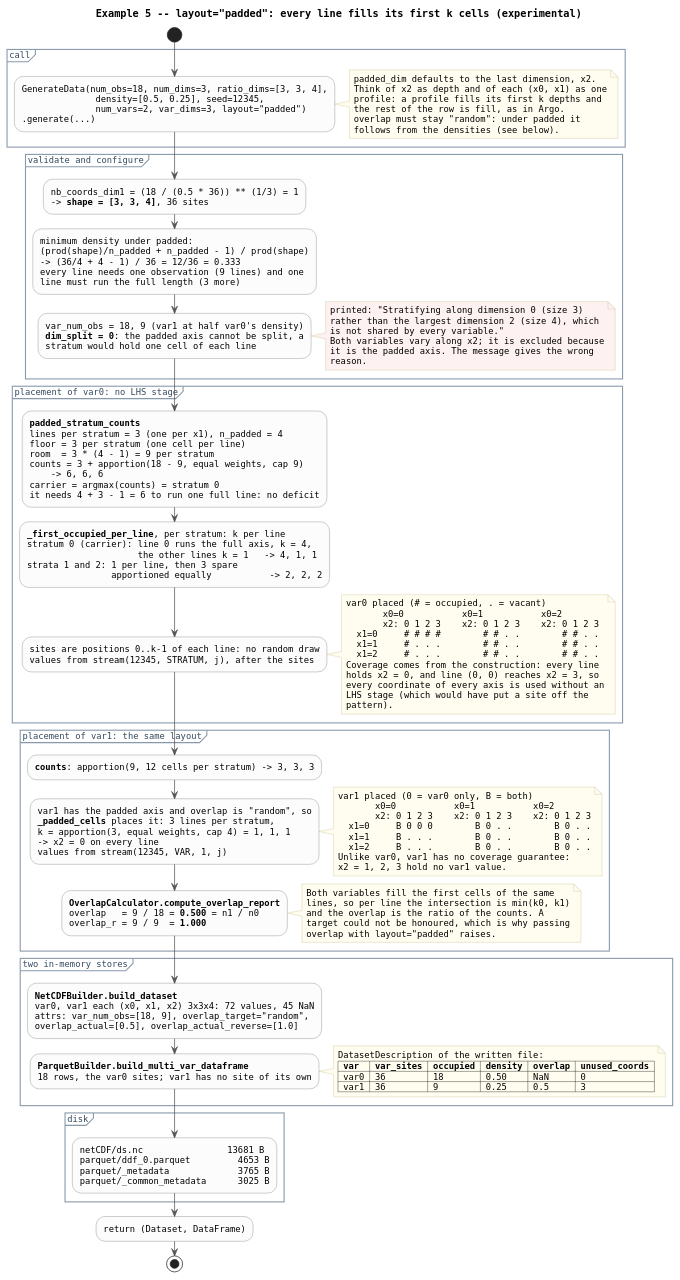
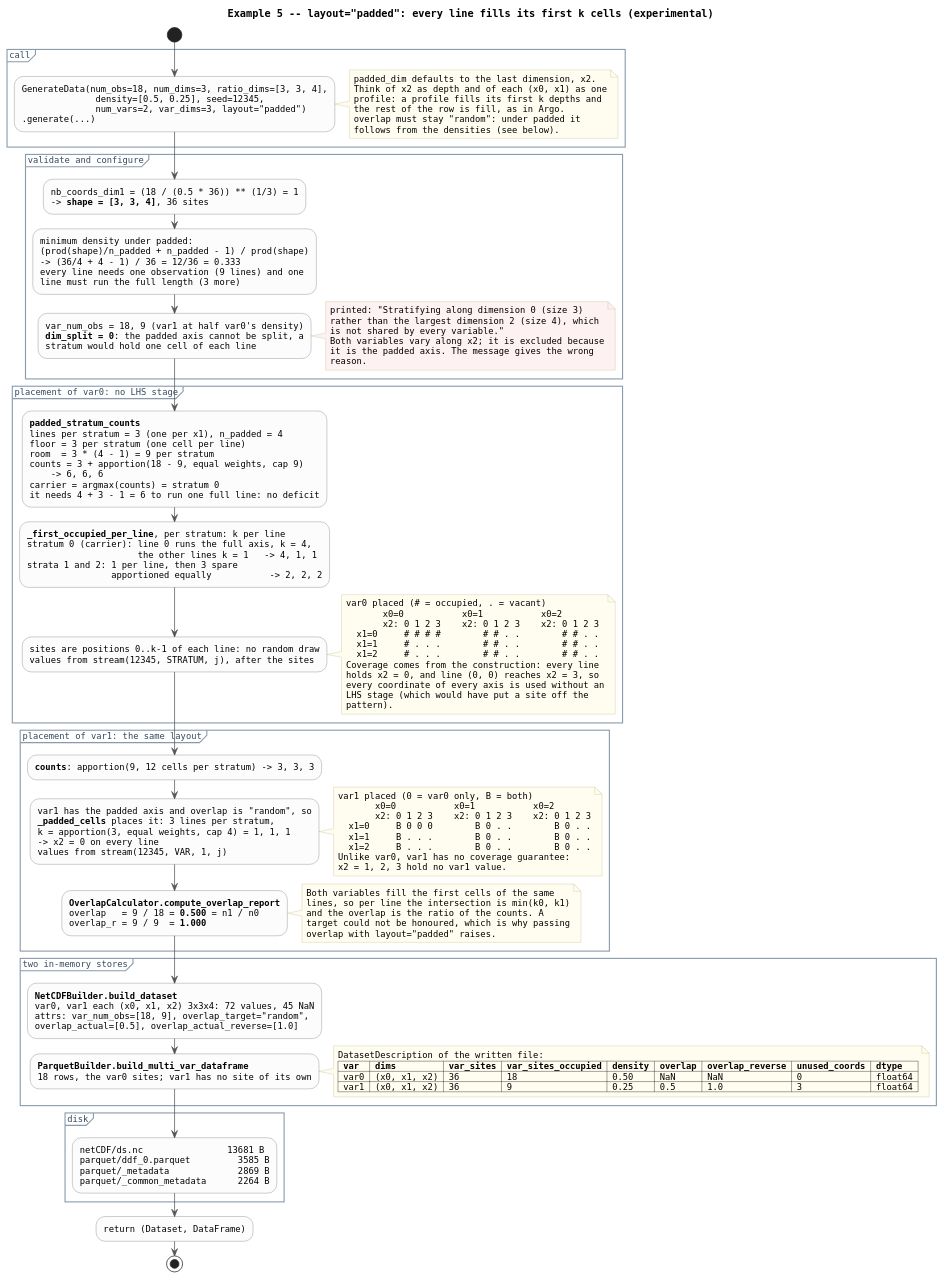
Before and after one commit to boom-lab/tabray: the diagram in docs/dataflow_example_padded.puml, drawn with PlantUML. The commit also changed 6 other files, not shown here.

```diff
--- a/docs/dataflow_example_padded.puml
+++ b/docs/dataflow_example_padded.puml
@@ -1,158 +1,158 @@
 @startuml dataflow_example_padded
 ' Worked example: layout="padded" on a 3x3x4 grid, two variables.
 ' Every number here is from an actual run of this call.
 ' Grids: one panel per x0 (= stratum), rows x1 (= lines), columns x2
 ' (= the padded axis), index space.
 ' Render: plantuml docs/dataflow_example_padded.puml
 
 title Example 5 -- layout="padded": every line fills its first k cells (experimental)
 
 skinparam shadowing false
 skinparam defaultFontName Monospaced
 skinparam defaultFontSize 12
 skinparam ArrowColor #555555
 skinparam activity {
   BackgroundColor #FCFCFC
   BorderColor #777777
   DiamondBackgroundColor #F2F2F2
 }
 skinparam partition {
   BorderColor #8899AA
   FontColor #33495E
 }
 skinparam note {
   BackgroundColor #FFFDF0
   BorderColor #C8C08A
 }
 
 start
 
 partition "call" {
   :GenerateData(num_obs=18, num_dims=3, ratio_dims=[3, 3, 4],
                 density=[0.5, 0.25], seed=12345,
                 num_vars=2, var_dims=3, layout="padded")
   .generate(...);
   note right
     padded_dim defaults to the last dimension, x2.
     Think of x2 as depth and of each (x0, x1) as one
     profile: a profile fills its first k depths and
     the rest of the row is fill, as in Argo.
     overlap must stay "random": under padded it
     follows from the densities (see below).
   end note
 }
 
 partition "validate and configure" {
   :nb_coords_dim1 = (18 / (0.5 * 36)) ** (1/3) = 1
   -> <b>shape = [3, 3, 4]</b>, 36 sites;
 
   :minimum density under padded:
   (prod(shape)/n_padded + n_padded - 1) / prod(shape)
   -> (36/4 + 4 - 1) / 36 = 12/36 = 0.333
   every line needs one observation (9 lines) and one
   line must run the full length (3 more);
 
   :var_num_obs = 18, 9 (var1 at half var0's density)
   <b>dim_split = 0</b>: the padded axis cannot be split, a
   stratum would hold one cell of each line;
   note right #FDF1F1
     printed: "Stratifying along dimension 0 (size 3)
     rather than the largest dimension 2 (size 4), which
     is not shared by every variable."
     Both variables vary along x2; it is excluded because
     it is the padded axis. The message gives the wrong
     reason.
   end note
 }
 
 partition "placement of var0: no LHS stage" {
   :<b>padded_stratum_counts</b>
   lines per stratum = 3 (one per x1), n_padded = 4
   floor = 3 per stratum (one cell per line)
   room  = 3 * (4 - 1) = 9 per stratum
   counts = 3 + apportion(18 - 9, equal weights, cap 9)
       -> 6, 6, 6
   carrier = argmax(counts) = stratum 0
   it needs 4 + 3 - 1 = 6 to run one full line: no deficit;
 
   :<b>_first_occupied_per_line</b>, per stratum: k per line
   stratum 0 (carrier): line 0 runs the full axis, k = 4,
                        the other lines k = 1   -> 4, 1, 1
   strata 1 and 2: 1 per line, then 3 spare
                   apportioned equally           -> 2, 2, 2;
 
   :sites are positions 0..k-1 of each line: no random draw
   values from stream(12345, STRATUM, j), after the sites;
   note right
     var0 placed (# = occupied, . = vacant)
            x0=0           x0=1           x0=2
            x2: 0 1 2 3    x2: 0 1 2 3    x2: 0 1 2 3
       x1=0     # # # #        # # . .        # # . .
       x1=1     # . . .        # # . .        # # . .
       x1=2     # . . .        # # . .        # # . .
     Coverage comes from the construction: every line
     holds x2 = 0, and line (0, 0) reaches x2 = 3, so
     every coordinate of every axis is used without an
     LHS stage (which would have put a site off the
     pattern).
   end note
 }
 
 partition "placement of var1: the same layout" {
   :<b>counts</b>: apportion(9, 12 cells per stratum) -> 3, 3, 3;
 
   :var1 has the padded axis and overlap is "random", so
   <b>_padded_cells</b> places it: 3 lines per stratum,
   k = apportion(3, equal weights, cap 4) = 1, 1, 1
   -> x2 = 0 on every line
   values from stream(12345, VAR, 1, j);
   note right
     var1 placed (0 = var0 only, B = both)
            x0=0           x0=1           x0=2
            x2: 0 1 2 3    x2: 0 1 2 3    x2: 0 1 2 3
       x1=0     B 0 0 0        B 0 . .        B 0 . .
       x1=1     B . . .        B 0 . .        B 0 . .
       x1=2     B . . .        B 0 . .        B 0 . .
     Unlike var0, var1 has no coverage guarantee:
     x2 = 1, 2, 3 hold no var1 value.
   end note
 
   :<b>OverlapCalculator.compute_overlap_report</b>
   overlap   = 9 / 18 = <b>0.500</b> = n1 / n0
   overlap_r = 9 / 9  = <b>1.000</b>;
   note right
     Both variables fill the first cells of the same
     lines, so per line the intersection is min(k0, k1)
     and the overlap is the ratio of the counts. A
     target could not be honoured, which is why passing
     overlap with layout="padded" raises.
   end note
 }
 
 partition "two in-memory stores" {
   :<b>NetCDFBuilder.build_dataset</b>
   var0, var1 each (x0, x1, x2) 3x3x4: 72 values, 45 NaN
   attrs: var_num_obs=[18, 9], overlap_target="random",
   overlap_actual=[0.5], overlap_actual_reverse=[1.0];
 
   :<b>ParquetBuilder.build_multi_var_dataframe</b>
   18 rows, the var0 sites; var1 has no site of its own;
   note right
     DatasetDescription of the written file:
-    |= var |= var_sites |= occupied |= density |= overlap |= unused_coords |
-    | var0 | 36 | 18 | 0.50 | NaN | 0 |
-    | var1 | 36 | 9 | 0.25 | 0.5 | 3 |
+    |= var |= dims |= var_sites |= var_sites_occupied |= density |= overlap |= overlap_reverse |= unused_coords |= dtype |
+    | var0 | (x0, x1, x2) | 36 | 18 | 0.50 | NaN | NaN | 0 | float64 |
+    | var1 | (x0, x1, x2) | 36 | 9 | 0.25 | 0.5 | 1.0 | 3 | float64 |
   end note
 }
 
 partition "disk" {
   :netCDF/ds.nc                13681 B
-  parquet/ddf_0.parquet         4653 B
-  parquet/_metadata             3765 B
-  parquet/_common_metadata      3025 B;
+  parquet/ddf_0.parquet         3585 B
+  parquet/_metadata             2869 B
+  parquet/_common_metadata      2264 B;
 }
 
 :return (Dataset, DataFrame);
 stop
 
 @enduml
```
